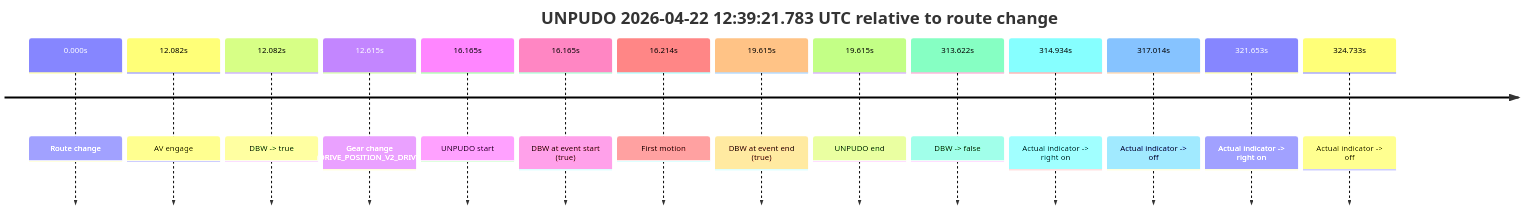
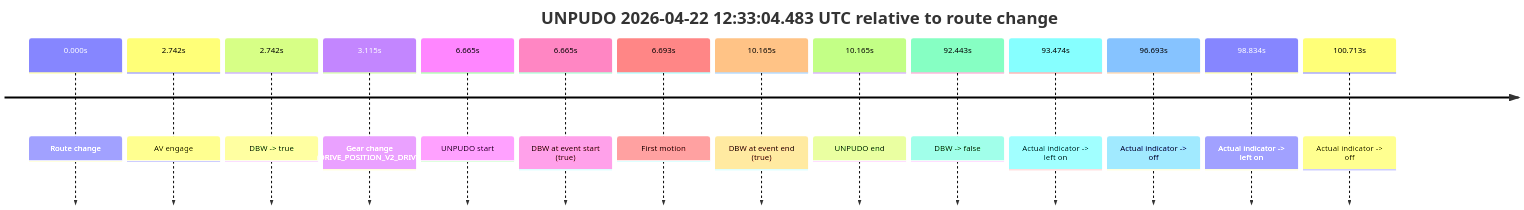
Before and after one commit to yoelshapiro/vault: the third of 5 diagrams in model_analysis/report_cards/2026/04/Week-4/fme20002--2026-04-22--12-20-12--gen2-av-897668a7-ec43-42aa-ae06-d72a68999bf8.md, drawn with Mermaid. The commit also changed other lines of this file and 53 other files, not shown here.

````diff
--- a/model_analysis/report_cards/2026/04/Week-4/fme20002--2026-04-22--12-20-12--gen2-av-897668a7-ec43-42aa-ae06-d72a68999bf8.md
+++ b/model_analysis/report_cards/2026/04/Week-4/fme20002--2026-04-22--12-20-12--gen2-av-897668a7-ec43-42aa-ae06-d72a68999bf8.md
@@ -233,18 +229,18 @@
 ```mermaid
 timeline
-    title UNPUDO 2026-04-22 12:39:21.783 UTC relative to route change
+    title UNPUDO 2026-04-22 12:33:04.483 UTC relative to route change
     0.000s : Route change
-    12.082s : AV engage
-    12.082s : DBW -> true
-    12.615s : Gear change (DRIVE_POSITION_V2_DRIVE)
-    16.165s : UNPUDO start
-    16.165s : DBW at event start (true)
-    16.214s : First motion
-    19.615s : DBW at event end (true)
-    19.615s : UNPUDO end
-    313.622s : DBW -> false
-    314.934s : Actual indicator -> right on
-    317.014s : Actual indicator -> off
-    321.653s : Actual indicator -> right on
-    324.733s : Actual indicator -> off
+    2.742s : AV engage
+    2.742s : DBW -> true
+    3.115s : Gear change (DRIVE_POSITION_V2_DRIVE)
+    6.665s : UNPUDO start
+    6.665s : DBW at event start (true)
+    6.693s : First motion
+    10.165s : DBW at event end (true)
+    10.165s : UNPUDO end
+    92.443s : DBW -> false
+    93.474s : Actual indicator -> left on
+    96.693s : Actual indicator -> off
+    98.834s : Actual indicator -> left on
+    100.713s : Actual indicator -> off
 ```
````
